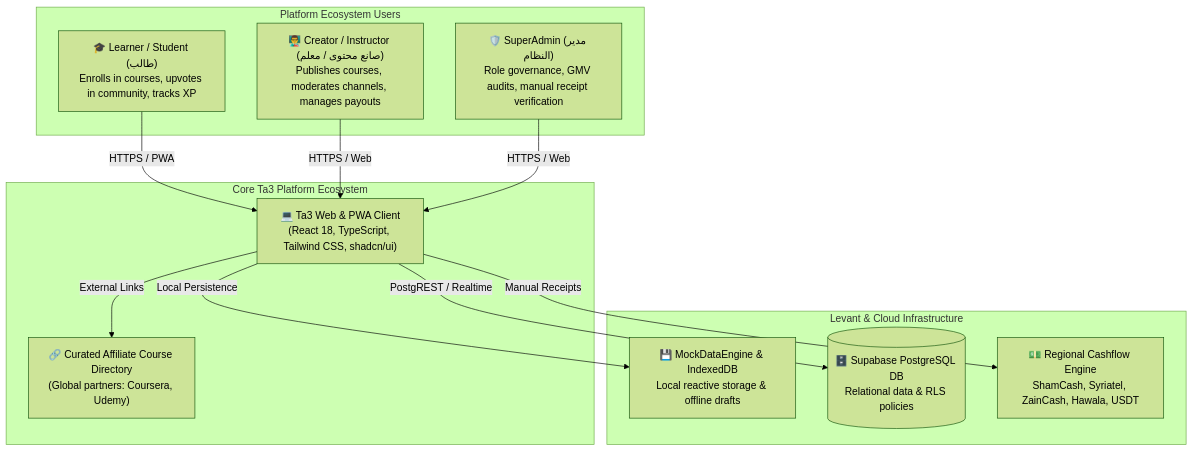
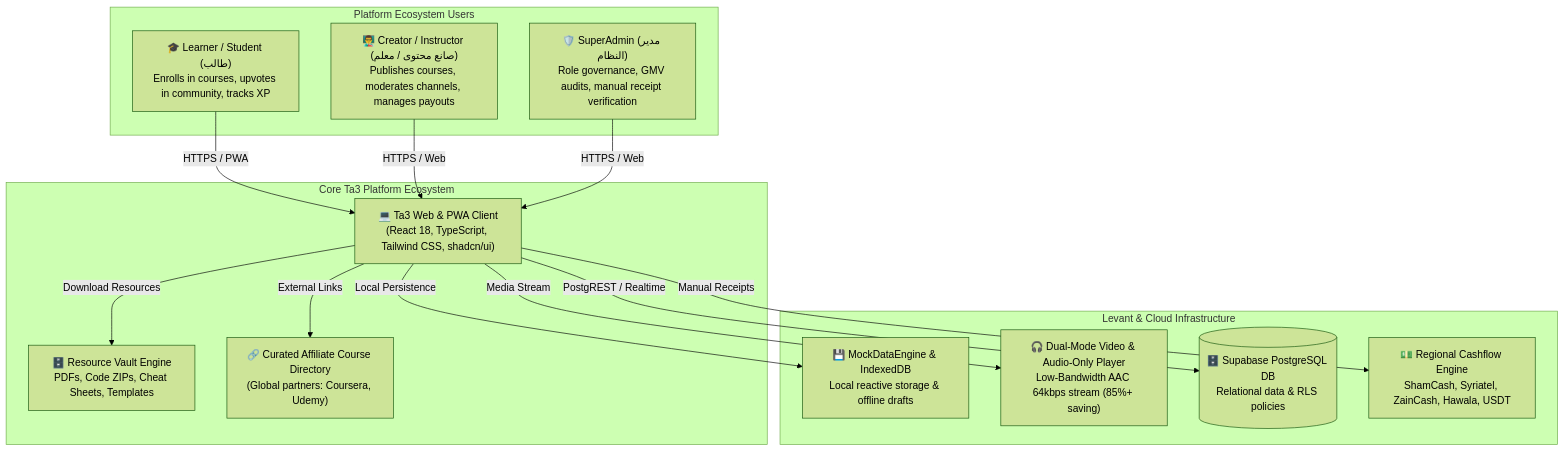
Before and after one commit to ta3allam/ta3: the first of 3 diagrams in arch.md, drawn with Mermaid (forest theme). The commit also changed other lines of this file and 3 other files, not shown here.

Commit message:
docs(all): synchronize architecture, ERD, components, and README for Day 2 classroom delivery

````diff
--- a/arch.md
+++ b/arch.md
@@ -15,28 +15,32 @@
 ```mermaid
 graph TD
     subgraph Users [" Platform Ecosystem Users "]
         Learner["🎓 Learner / Student (طالب)<br/>Enrolls in courses, upvotes in community, tracks XP"]
         Creator["👨‍🏫 Creator / Instructor (صانع محتوى / معلم)<br/>Publishes courses, moderates channels, manages payouts"]
         Admin["🛡️ SuperAdmin (مدير النظام)<br/>Role governance, GMV audits, manual receipt verification"]
     end
 
     subgraph Platform [" Core Ta3 Platform Ecosystem "]
         Ta3App["💻 Ta3 Web & PWA Client<br/>(React 18, TypeScript, Tailwind CSS, shadcn/ui)"]
+        VaultHub["🗄️ Resource Vault Engine<br/>PDFs, Code ZIPs, Cheat Sheets, Templates"]
         AffiliateHub["🔗 Curated Affiliate Course Directory<br/>(Global partners: Coursera, Udemy)"]
     end
 
     subgraph Infrastructure [" Levant & Cloud Infrastructure "]
         MockEngine["💾 MockDataEngine & IndexedDB<br/>Local reactive storage & offline drafts"]
+        AudioVideoSvc["🎧 Dual-Mode Video & Audio-Only Player<br/>Low-Bandwidth AAC 64kbps stream (85%+ saving)"]
         SupabaseDB[("🗄️ Supabase PostgreSQL DB<br/>Relational data & RLS policies")]
         LevantGateways["💵 Regional Cashflow Engine<br/>ShamCash, Syriatel, ZainCash, Hawala, USDT"]
     end
 
     Learner -->|HTTPS / PWA| Ta3App
     Creator -->|HTTPS / Web| Ta3App
     Admin -->|HTTPS / Web| Ta3App
 
     Ta3App -->|Local Persistence| MockEngine
+    Ta3App -->|Media Stream| AudioVideoSvc
     Ta3App -->|PostgREST / Realtime| SupabaseDB
+    Ta3App -->|Download Resources| VaultHub
     Ta3App -->|External Links| AffiliateHub
     Ta3App -->|Manual Receipts| LevantGateways
 ```
````
